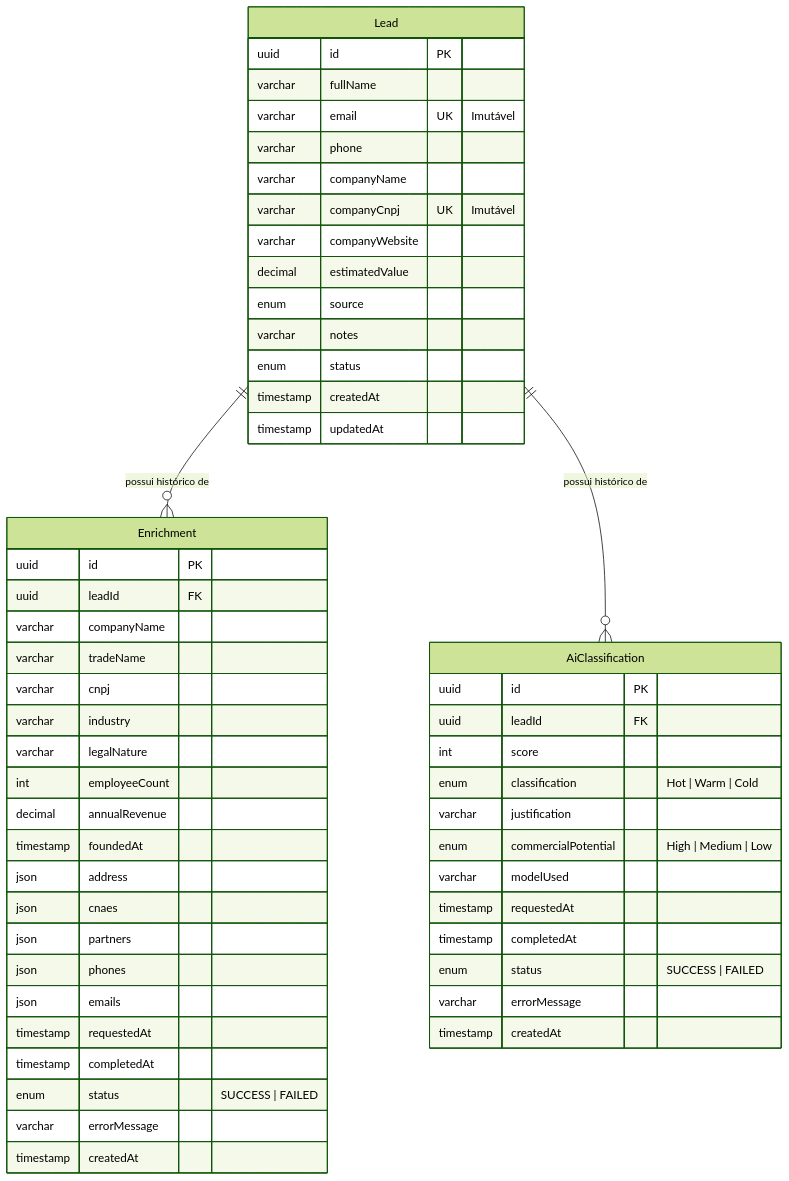
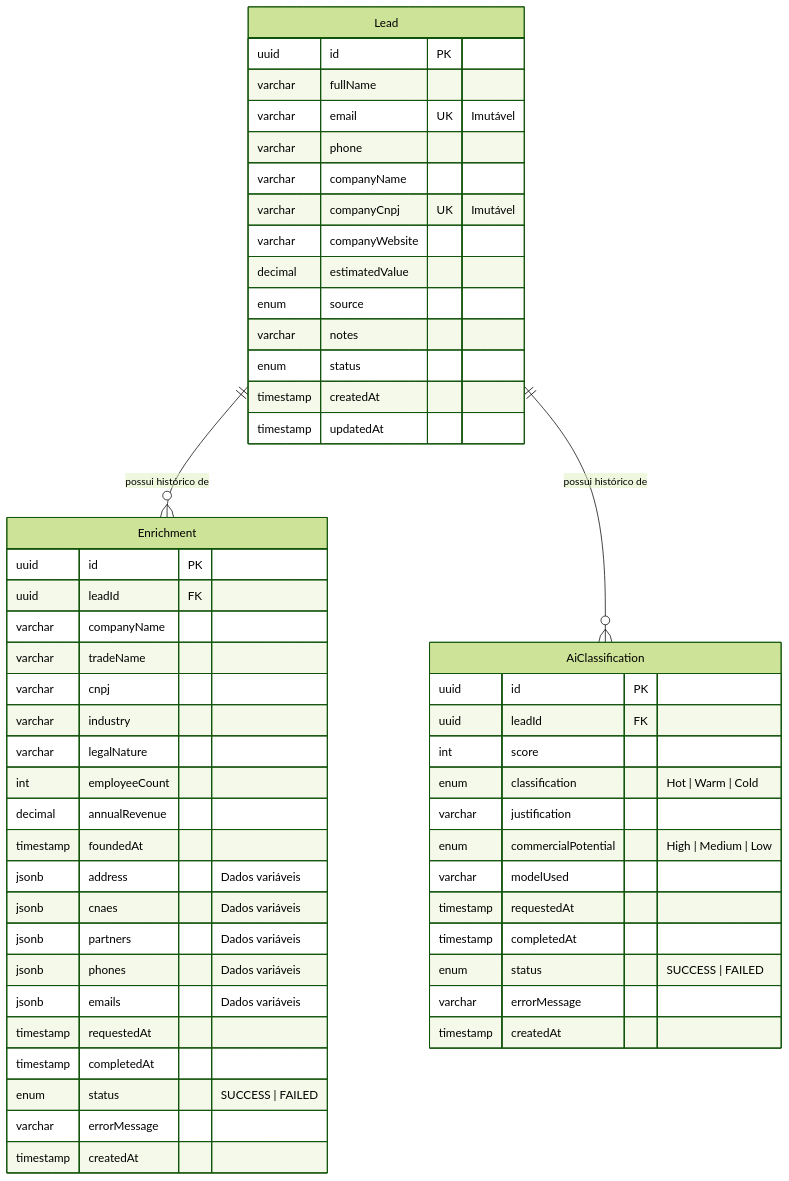
The second of 2 diagrams in README.md (luluopa/quark-backend-challenge), drawn with Mermaid (forest theme) before and after one commit. The commit also changed other lines of this file, not shown here.

Commit message:
docs: enhance README.md with hybrid storage strategy and JSONB usage for data enrichment

````diff
--- a/README.md
+++ b/README.md
@@ -77,59 +84,59 @@
 ```mermaid
 erDiagram
     Lead {
         uuid id PK
         varchar fullName
         varchar email UK "Imutável"
         varchar phone
         varchar companyName
         varchar companyCnpj UK "Imutável"
         varchar companyWebsite
         decimal estimatedValue
         enum source
         varchar notes
         enum status
         timestamp createdAt
         timestamp updatedAt
     }
 
     Enrichment {
         uuid id PK
         uuid leadId FK
         varchar companyName
         varchar tradeName
         varchar cnpj
         varchar industry
         varchar legalNature
         int employeeCount
         decimal annualRevenue
         timestamp foundedAt
-        json address
-        json cnaes
-        json partners
-        json phones
-        json emails
+        jsonb address "Dados variáveis"
+        jsonb cnaes "Dados variáveis"
+        jsonb partners "Dados variáveis"
+        jsonb phones "Dados variáveis"
+        jsonb emails "Dados variáveis"
         timestamp requestedAt
         timestamp completedAt
         enum status "SUCCESS | FAILED"
         varchar errorMessage
         timestamp createdAt
     }
 
     AiClassification {
         uuid id PK
         uuid leadId FK
         int score
         enum classification "Hot | Warm | Cold"
         varchar justification
         enum commercialPotential "High | Medium | Low"
         varchar modelUsed
         timestamp requestedAt
         timestamp completedAt
         enum status "SUCCESS | FAILED"
         varchar errorMessage
         timestamp createdAt
     }
 
     Lead ||--o{ Enrichment : "possui histórico de"
     Lead ||--o{ AiClassification : "possui histórico de"
 ```
````
